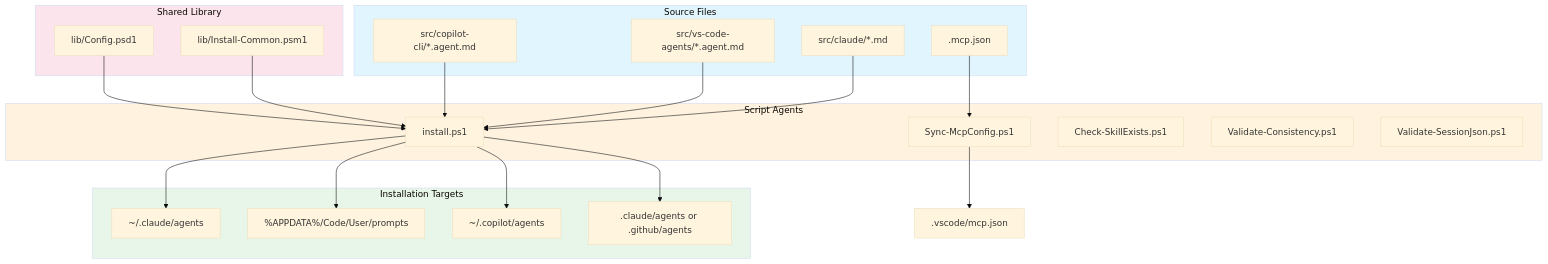
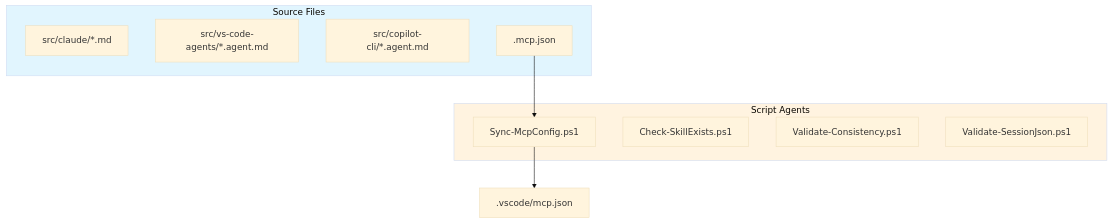
Before and after one commit to rjmurillo/ai-agents: the diagram in scripts/AGENTS.md, drawn with Mermaid (base theme). The commit also changed other lines of this file and 34 other files, not shown here.

````diff
--- a/scripts/AGENTS.md
+++ b/scripts/AGENTS.md
@@ -142,47 +142,22 @@
 ```mermaid
 flowchart TD
     subgraph Sources["Source Files"]
         SC[src/claude/*.md]
         SV[src/vs-code-agents/*.agent.md]
         SCP[src/copilot-cli/*.agent.md]
         MCP[.mcp.json]
     end
 
     subgraph Scripts["Script Agents"]
-        INS[install.ps1]
         SYN[Sync-McpConfig.ps1]
         CHK[Check-SkillExists.ps1]
         VCS[Validate-Consistency.ps1]
         VSP[Validate-SessionJson.ps1]
     end
 
-    subgraph Lib["Shared Library"]
-        COM[lib/Install-Common.psm1]
-        CFG[lib/Config.psd1]
-    end
-
-    subgraph Targets["Installation Targets"]
-        CLG[~/.claude/agents]
-        VSG[%APPDATA%/Code/User/prompts]
-        CPG[~/.copilot/agents]
-        REP[.claude/agents or .github/agents]
-    end
-
-    SC --> INS
-    SV --> INS
-    SCP --> INS
-    COM --> INS
-    CFG --> INS
-    INS --> CLG
-    INS --> VSG
-    INS --> CPG
-    INS --> REP
-
     MCP --> SYN
     SYN --> VSC[.vscode/mcp.json]
 
     style Sources fill:#e1f5fe
     style Scripts fill:#fff3e0
-    style Lib fill:#fce4ec
-    style Targets fill:#e8f5e9
 ```
````
